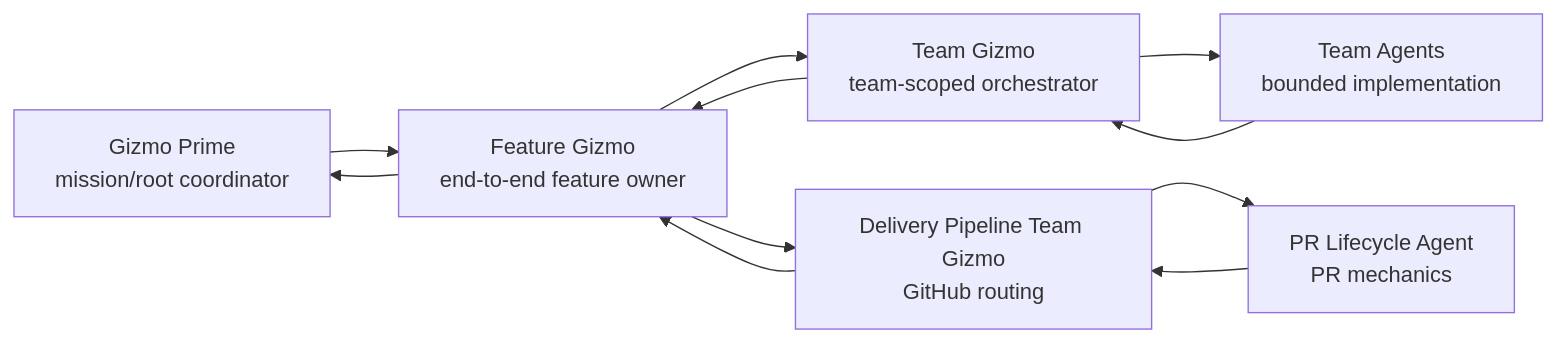
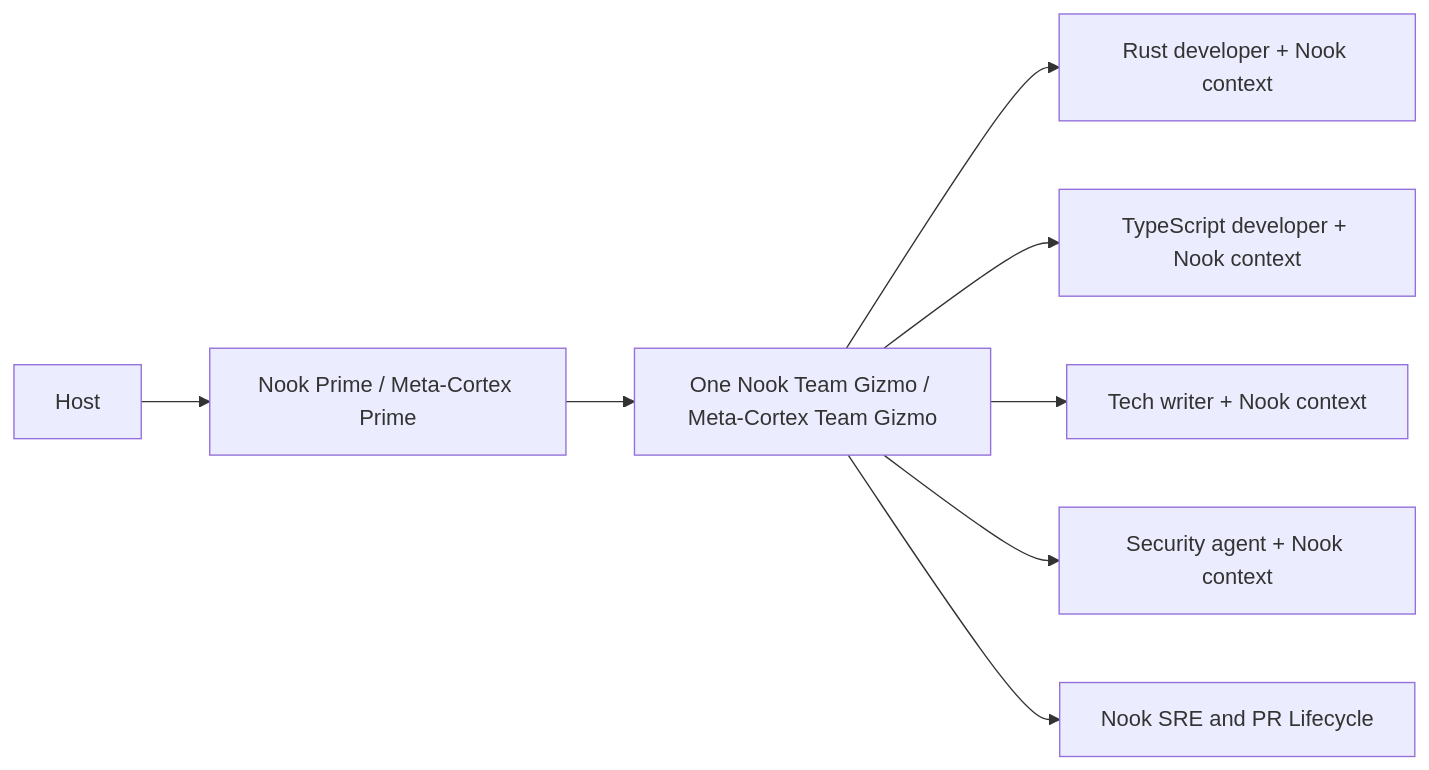
One commit to meta-secret/nook changed the first of 2 diagrams in .cortex/gizmo-prime/architecture/multiagent-delivery-diagrams.md. Above: the diagram before and after it, drawn with Mermaid. The commit also changed other lines of this file and 104 other files, not shown here.

Commit message:
Integrate meta-cortex through Nook agent wrappers (#1616)

````diff
--- a/.cortex/gizmo-prime/architecture/multiagent-delivery-diagrams.md
+++ b/.cortex/gizmo-prime/architecture/multiagent-delivery-diagrams.md
@@ -60,14 +9,10 @@
 ```mermaid
 flowchart LR
-    Prime["Gizmo Prime<br/>mission/root coordinator"]
-    Feature["Feature Gizmo<br/>end-to-end feature owner"]
-    Team["Team Gizmo<br/>team-scoped orchestrator"]
-    Agents["Team Agents<br/>bounded implementation"]
-    Pipeline["Delivery Pipeline Team Gizmo<br/>GitHub routing"]
-    PR["PR Lifecycle Agent<br/>PR mechanics"]
-
-    Prime --> Feature --> Team --> Agents
-    Agents --> Team --> Feature
-    Feature --> Pipeline --> PR
-    PR --> Pipeline --> Feature --> Prime
+    Host --> Prime["Nook Prime / Meta-Cortex Prime"]
+    Prime --> Team["One Nook Team Gizmo / Meta-Cortex Team Gizmo"]
+    Team --> Rust["Rust developer + Nook context"]
+    Team --> TS["TypeScript developer + Nook context"]
+    Team --> Writer["Tech writer + Nook context"]
+    Team --> Security["Security agent + Nook context"]
+    Team --> Operations["Nook SRE and PR Lifecycle"]
 ```
````
